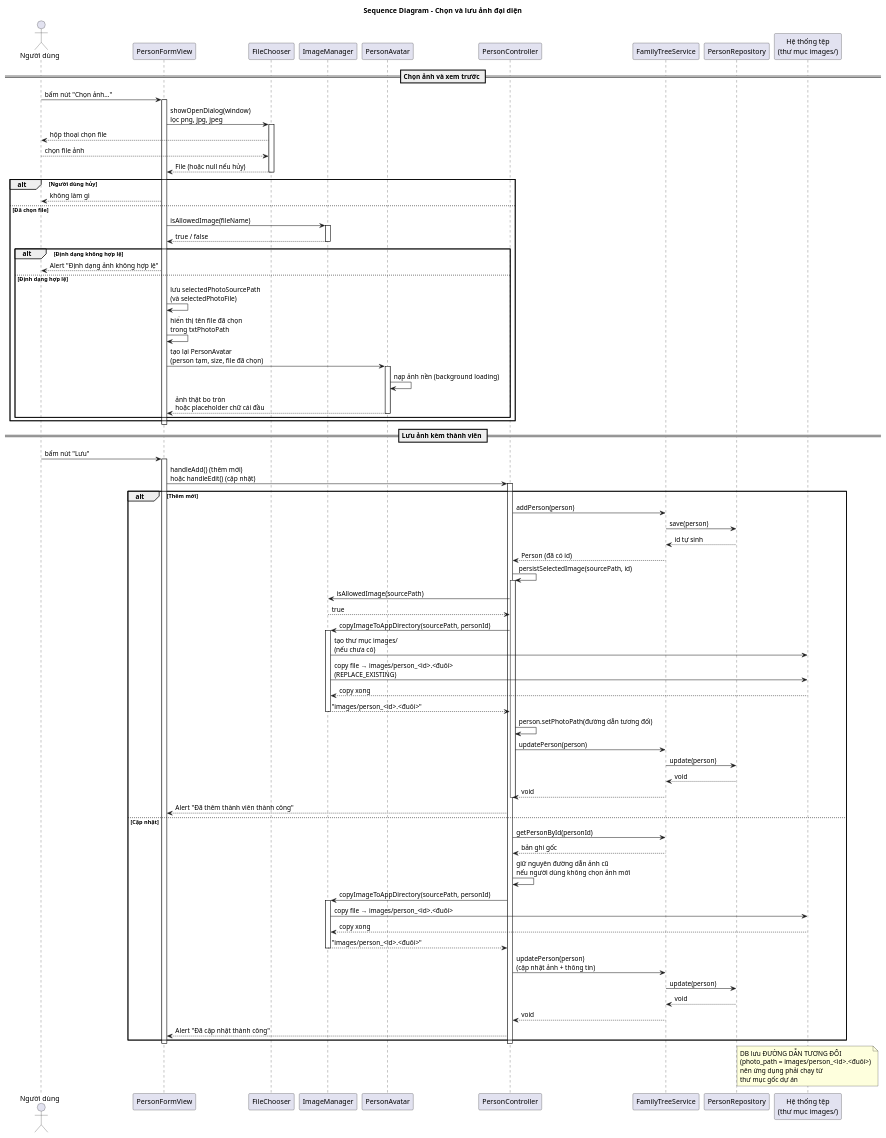
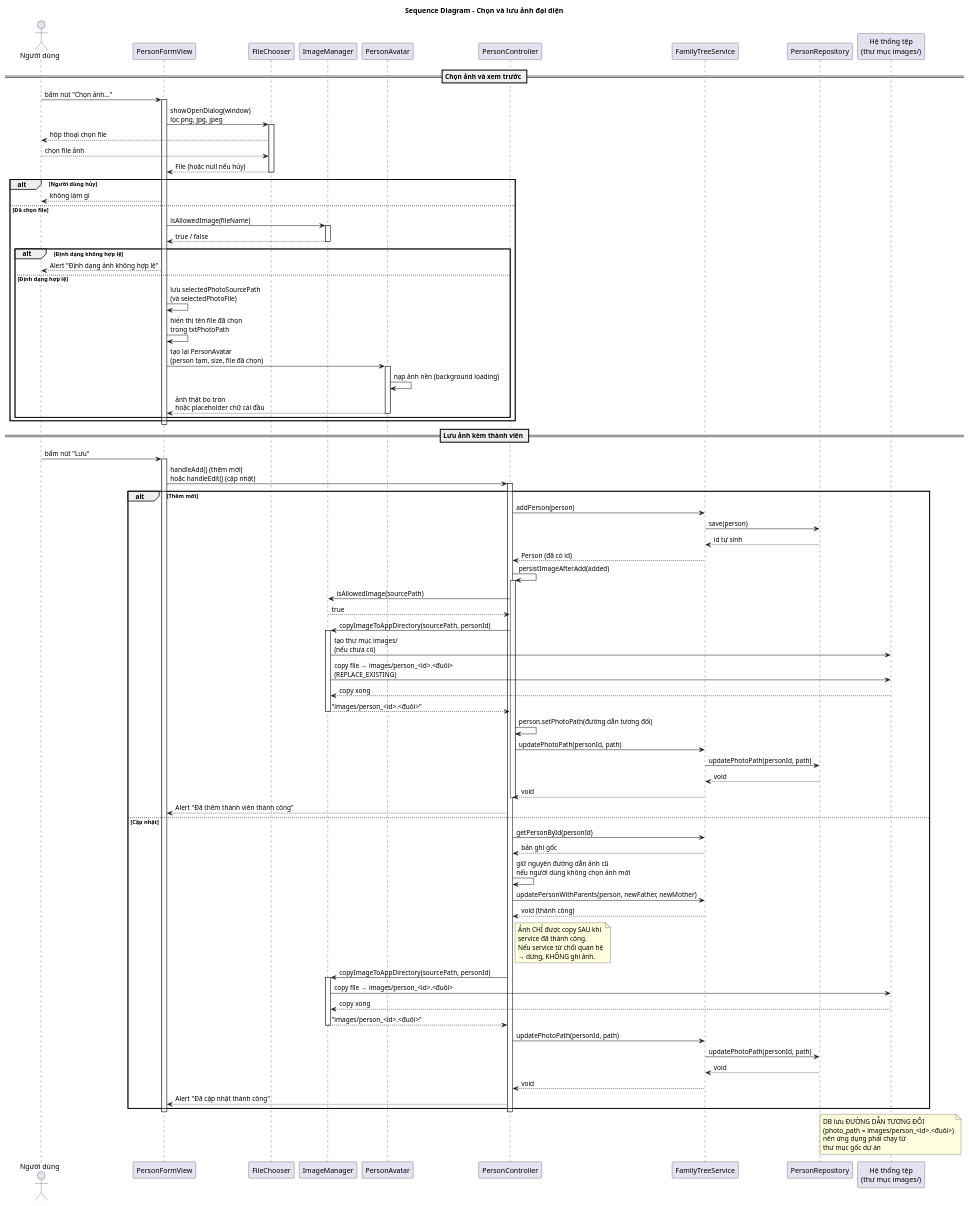
Before and after one commit to minhchien170704/do-an-gia-pha: the diagram in docs/uml/sequence-photo-avatar.puml, drawn with PlantUML. The commit also changed 8 other files, not shown here.

```diff
--- a/docs/uml/sequence-photo-avatar.puml
+++ b/docs/uml/sequence-photo-avatar.puml
@@ -1,113 +1,123 @@
 @startuml sequence-photo-avatar
 
 title Sequence Diagram - Chọn và lưu ảnh đại diện
 
 actor "Người dùng" as User
 participant "PersonFormView" as FormView
 participant "FileChooser" as Chooser
 participant "ImageManager" as ImageMgr
 participant "PersonAvatar" as Avatar
 participant "PersonController" as Controller
 participant "FamilyTreeService" as Service
 participant "PersonRepository" as Repo
 participant "Hệ thống tệp\n(thư mục images/)" as FS
 
 == Chọn ảnh và xem trước ==
 
 User -> FormView : bấm nút "Chọn ảnh..."
 activate FormView
 
-FormView -> Chooser : showOpenDialog(window)\nlọc png, jpg, jpeg
+    FormView -> Chooser : showOpenDialog(window)\nlọc png, jpg, jpeg
 activate Chooser
 Chooser --> User : hộp thoại chọn file
 User --> Chooser : chọn file ảnh
 Chooser --> FormView : File (hoặc null nếu hủy)
 deactivate Chooser
 
 alt Người dùng hủy
     FormView --> User : không làm gì
 else Đã chọn file
     FormView -> ImageMgr : isAllowedImage(fileName)
     activate ImageMgr
     ImageMgr --> FormView : true / false
     deactivate ImageMgr
 
     alt Định dạng không hợp lệ
         FormView --> User : Alert "Định dạng ảnh không hợp lệ"
     else Định dạng hợp lệ
         FormView -> FormView : lưu selectedPhotoSourcePath\n(và selectedPhotoFile)
         FormView -> FormView : hiển thị tên file đã chọn\ntrong txtPhotoPath
         FormView -> Avatar : tạo lại PersonAvatar\n(person tạm, size, file đã chọn)
         activate Avatar
         Avatar -> Avatar : nạp ảnh nền (background loading)
         Avatar --> FormView : ảnh thật bo tròn\nhoặc placeholder chữ cái đầu
         deactivate Avatar
     end
 end
 deactivate FormView
 
 == Lưu ảnh kèm thành viên ==
 
 User -> FormView : bấm nút "Lưu"
 activate FormView
 
 FormView -> Controller : handleAdd() (thêm mới)\nhoặc handleEdit() (cập nhật)
 activate Controller
 
 alt Thêm mới
     Controller -> Service : addPerson(person)
     Service -> Repo : save(person)
     Repo --> Service : id tự sinh
     Service --> Controller : Person (đã có id)
 
-    Controller -> Controller : persistSelectedImage(sourcePath, id)
+    Controller -> Controller : persistImageAfterAdd(added)
     activate Controller
     Controller -> ImageMgr : isAllowedImage(sourcePath)
     ImageMgr --> Controller : true
     Controller -> ImageMgr : copyImageToAppDirectory(sourcePath, personId)
     activate ImageMgr
     ImageMgr -> FS : tạo thư mục images/\n(nếu chưa có)
     ImageMgr -> FS : copy file → images/person_<id>.<đuôi>\n(REPLACE_EXISTING)
     FS --> ImageMgr : copy xong
     ImageMgr --> Controller : "images/person_<id>.<đuôi>"
     deactivate ImageMgr
 
     Controller -> Controller : person.setPhotoPath(đường dẫn tương đối)
-    Controller -> Service : updatePerson(person)
-    Service -> Repo : update(person)
+    Controller -> Service : updatePhotoPath(personId, path)
+    Service -> Repo : updatePhotoPath(personId, path)
     Repo --> Service : void
     Service --> Controller : void
     deactivate Controller
 
     Controller --> FormView : Alert "Đã thêm thành viên thành công"
 else Cập nhật
     Controller -> Service : getPersonById(personId)
     Service --> Controller : bản ghi gốc
     Controller -> Controller : giữ nguyên đường dẫn ảnh cũ\nnếu người dùng không chọn ảnh mới
 
+    Controller -> Service : updatePersonWithParents(person, newFather, newMother)
+    Service --> Controller : void (thành công)
+
+    note right of Controller
+      Ảnh CHỈ được copy SAU khi
+      service đã thành công.
+      Nếu service từ chối quan hệ
+      → dừng, KHÔNG ghi ảnh.
+    end note
+
     Controller -> ImageMgr : copyImageToAppDirectory(sourcePath, personId)
     activate ImageMgr
     ImageMgr -> FS : copy file → images/person_<id>.<đuôi>
     FS --> ImageMgr : copy xong
     ImageMgr --> Controller : "images/person_<id>.<đuôi>"
     deactivate ImageMgr
 
-    Controller -> Service : updatePerson(person)\n(cập nhật ảnh + thông tin)
-    Service -> Repo : update(person)
+    Controller -> Service : updatePhotoPath(personId, path)
+    Service -> Repo : updatePhotoPath(personId, path)
     Repo --> Service : void
     Service --> Controller : void
 
     Controller --> FormView : Alert "Đã cập nhật thành công"
 end
 
 deactivate Controller
 deactivate FormView
 
 note over FS
   DB lưu ĐƯỜNG DẪN TƯƠNG ĐỐI
   (photo_path = images/person_<id>.<đuôi>)
   nên ứng dụng phải chạy từ
   thư mục gốc dự án
 end note
 
 @enduml
```
